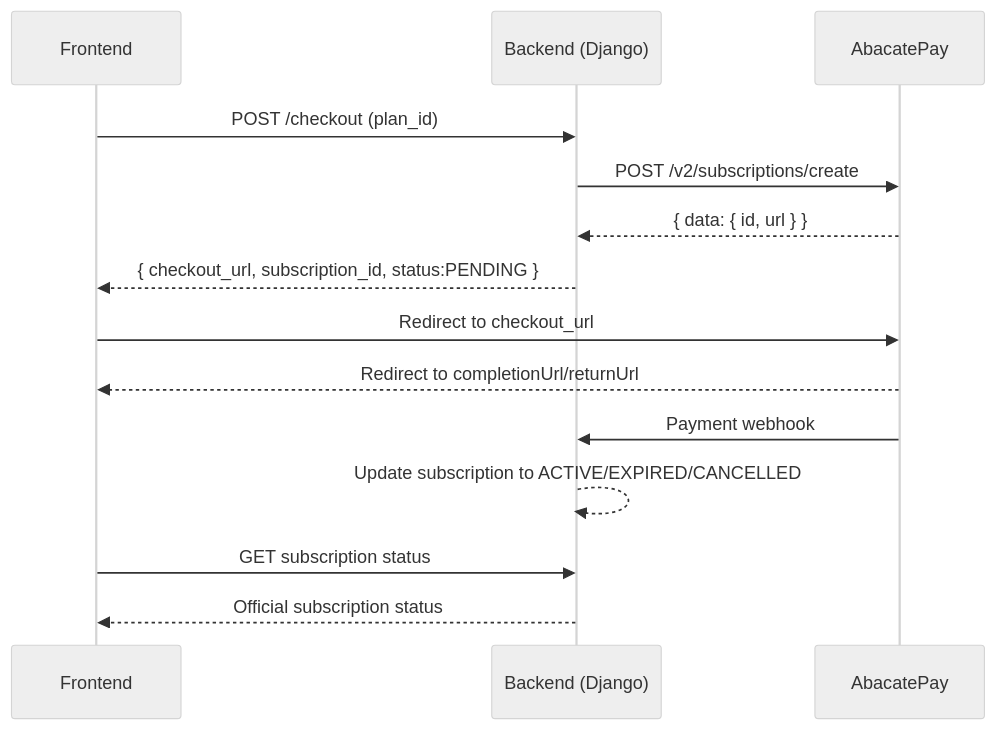
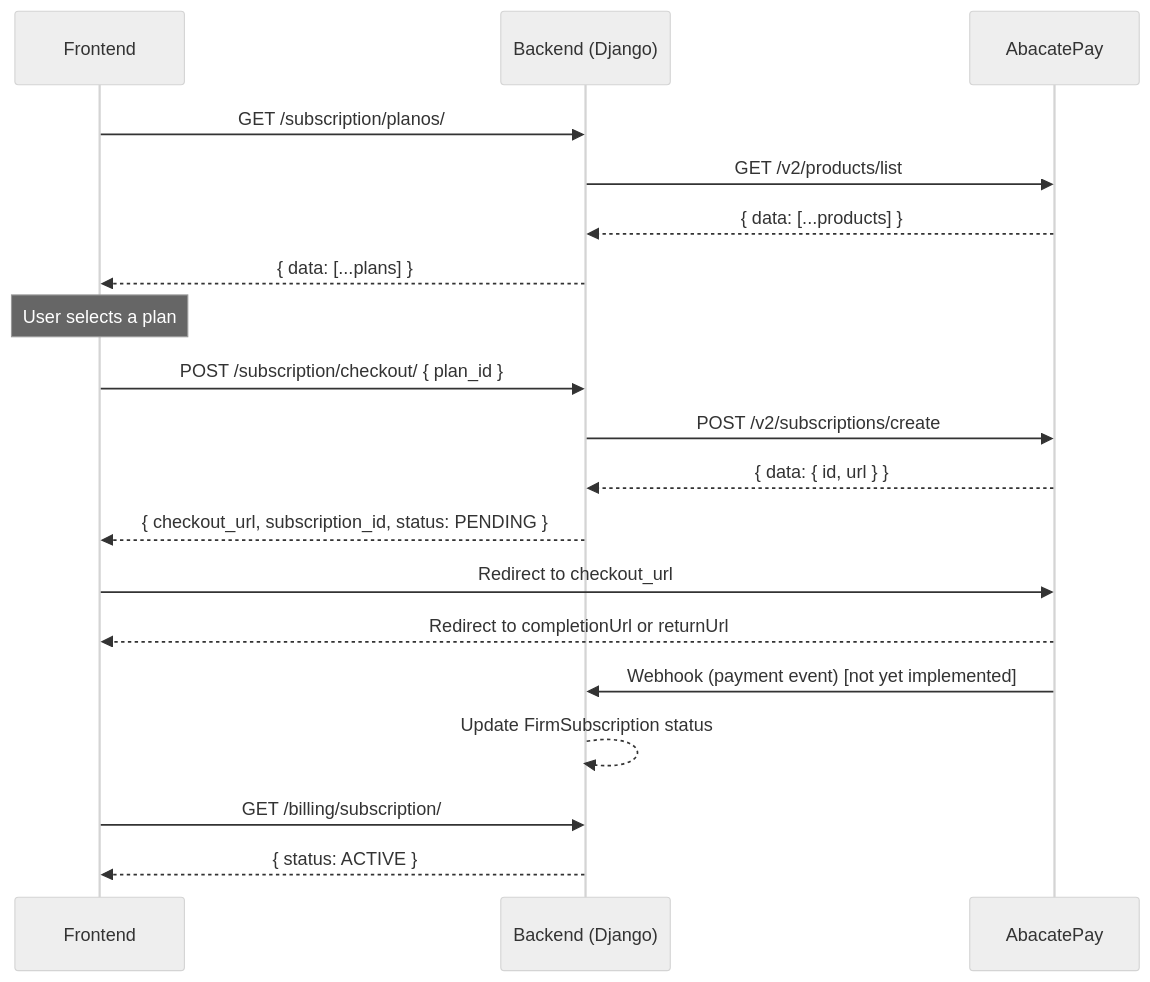
Before and after one commit to Jeferson7770/Desafio-Pokedex: the diagram in docs/abacatepay-payment.md, drawn with Mermaid (neutral theme). The commit also changed other lines of this file and 3 other files, not shown here.

First line of the commit message:
feat: add product listing endpoint for AbacatePay subscription flow

````diff
--- a/docs/abacatepay-payment.md
+++ b/docs/abacatepay-payment.md
@@ -180,17 +179,26 @@
 ```mermaid
 sequenceDiagram
   participant FE as Frontend
   participant BE as Backend (Django)
   participant AB as AbacatePay
 
-  FE->>BE: POST /checkout (plan_id)
+  FE->>BE: GET /subscription/planos/
+  BE->>AB: GET /v2/products/list
+  AB-->>BE: { data: [...products] }
+  BE-->>FE: { data: [...plans] }
+
+  Note over FE: User selects a plan
+
+  FE->>BE: POST /subscription/checkout/ { plan_id }
   BE->>AB: POST /v2/subscriptions/create
   AB-->>BE: { data: { id, url } }
-  BE-->>FE: { checkout_url, subscription_id, status:PENDING }
+  BE-->>FE: { checkout_url, subscription_id, status: PENDING }
   FE->>AB: Redirect to checkout_url
-  AB-->>FE: Redirect to completionUrl/returnUrl
-  AB->>BE: Payment webhook
-  BE-->>BE: Update subscription to ACTIVE/EXPIRED/CANCELLED
-  FE->>BE: GET subscription status
-  BE-->>FE: Official subscription status
+
+  AB-->>FE: Redirect to completionUrl or returnUrl
+  AB->>BE: Webhook (payment event) [not yet implemented]
+  BE-->>BE: Update FirmSubscription status
+
+  FE->>BE: GET /billing/subscription/
+  BE-->>FE: { status: ACTIVE }
 ```
````
